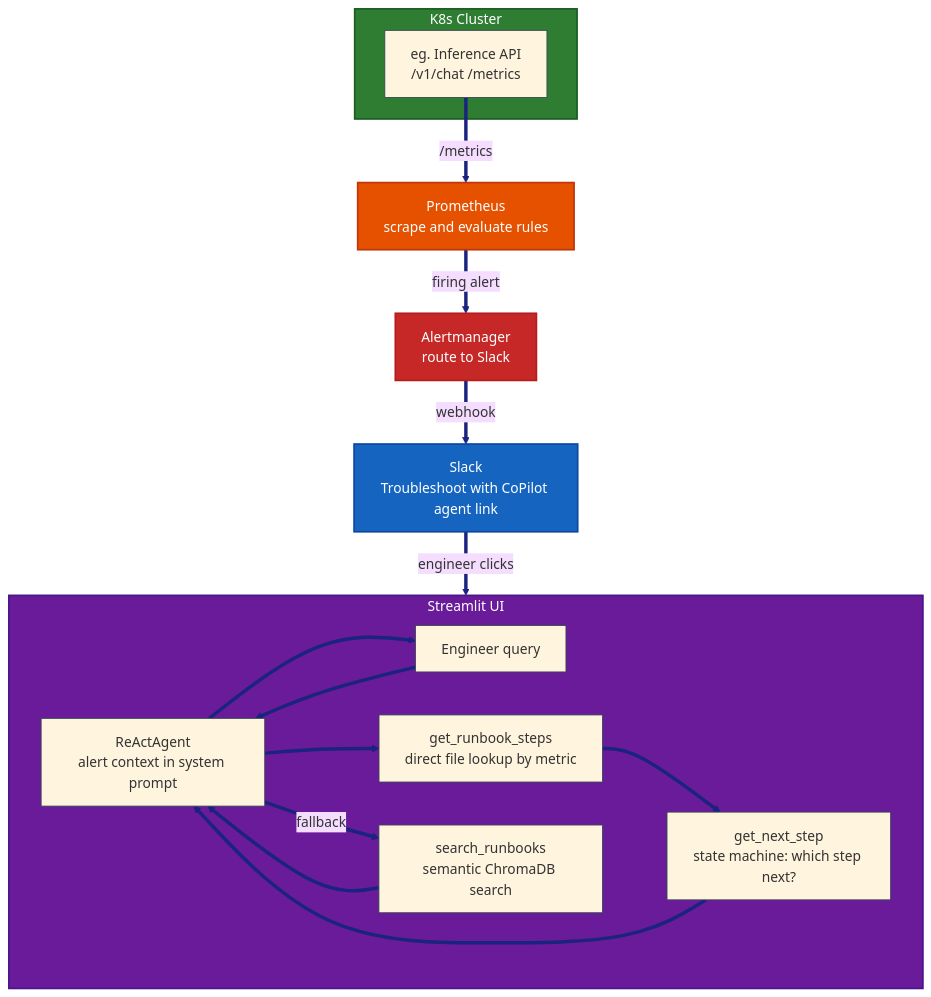
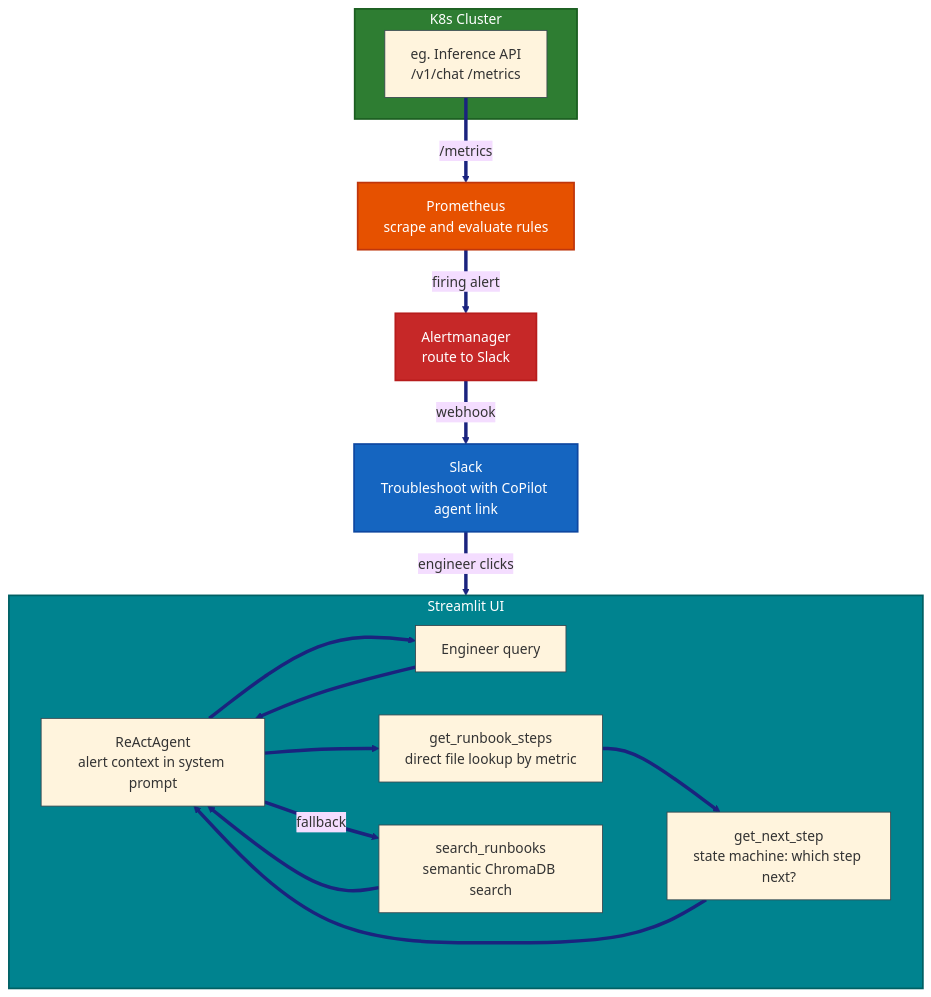
The diagram in README.md (nimblenitin/sre-incident-copilot), drawn with Mermaid before and after one commit.

Commit message:
Change Streamlit UI diagram box from violet to dark cyan

````diff
--- a/README.md
+++ b/README.md
@@ -9,31 +9,31 @@
 ```mermaid
 %%{init: {'theme': 'base', 'themeVariables': {'background': '#e0f7fa', 'primaryBorderColor': '#37474f', 'lineColor': '#2c3e50', 'tertiaryColor': '#e0f7fa'}}}%%
 flowchart TB
     subgraph k8s[K8s Cluster]
         api[eg. Inference API<br/>/v1/chat /metrics]
     end
 
     api -- /metrics --> prom[Prometheus<br/>scrape and evaluate rules]
     prom -- firing alert --> am[Alertmanager<br/>route to Slack]
     am -- webhook --> slack[Slack<br/>Troubleshoot with CoPilot agent link]
     slack -- engineer clicks --> ui
 
     subgraph ui[Streamlit UI]
         agent[ReActAgent<br/>alert context in system prompt]
         user[Engineer query] --> agent
         agent --> direct[get_runbook_steps<br/>direct file lookup by metric]
         direct --> sm[get_next_step<br/>state machine: which step next?]
         sm --> agent
         agent -- fallback --> search[search_runbooks<br/>semantic ChromaDB search]
         search --> agent
         agent --> user
     end
 
     style k8s fill:#2e7d32,color:#ffffff,stroke:#1b5e20,stroke-width:2px
     style prom fill:#e65100,color:#ffffff,stroke:#bf360c,stroke-width:2px
     style am fill:#c62828,color:#ffffff,stroke:#b71c1c,stroke-width:2px
     style slack fill:#1565c0,color:#ffffff,stroke:#0d47a1,stroke-width:2px
-    style ui fill:#6a1b9a,color:#ffffff,stroke:#4a148c,stroke-width:2px
+    style ui fill:#00838f,color:#ffffff,stroke:#006064,stroke-width:2px
 
     linkStyle default stroke-width:4px,stroke:#1a237e
 ```
````
